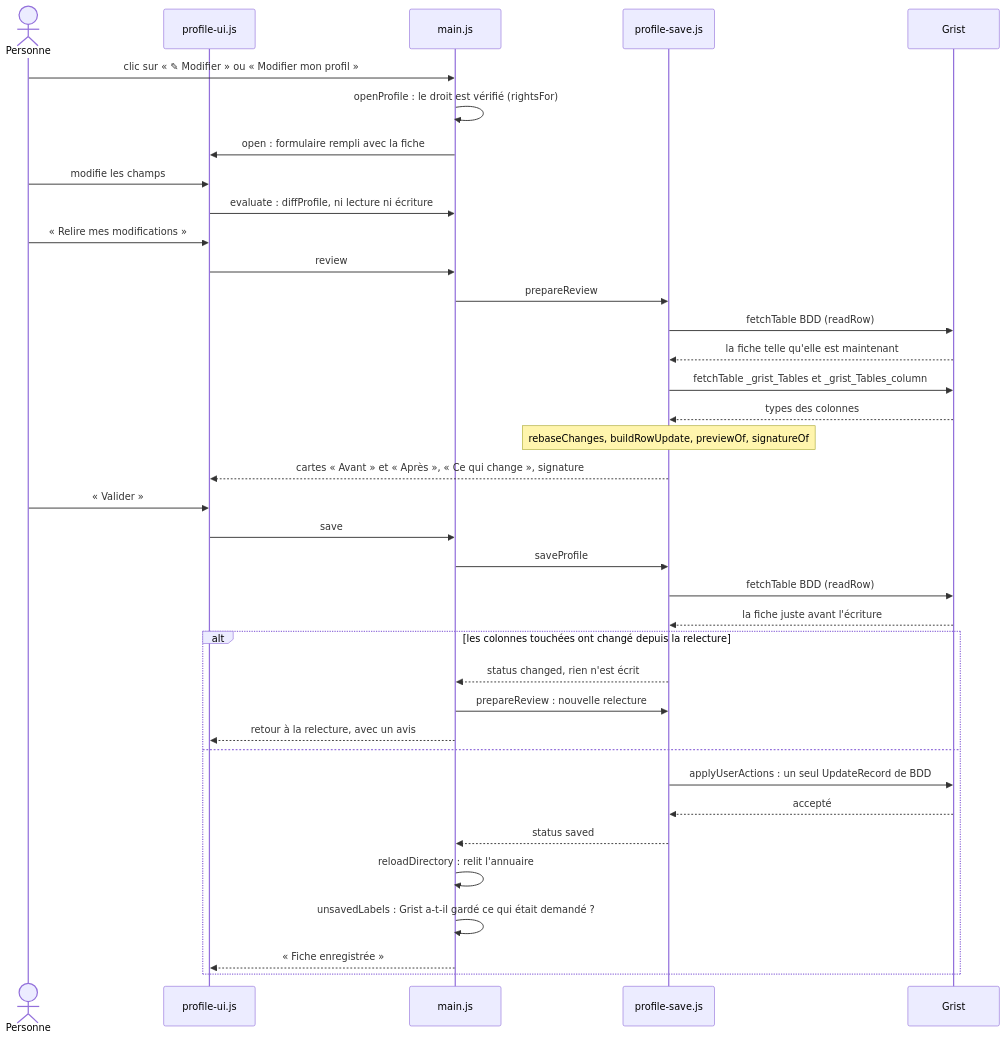
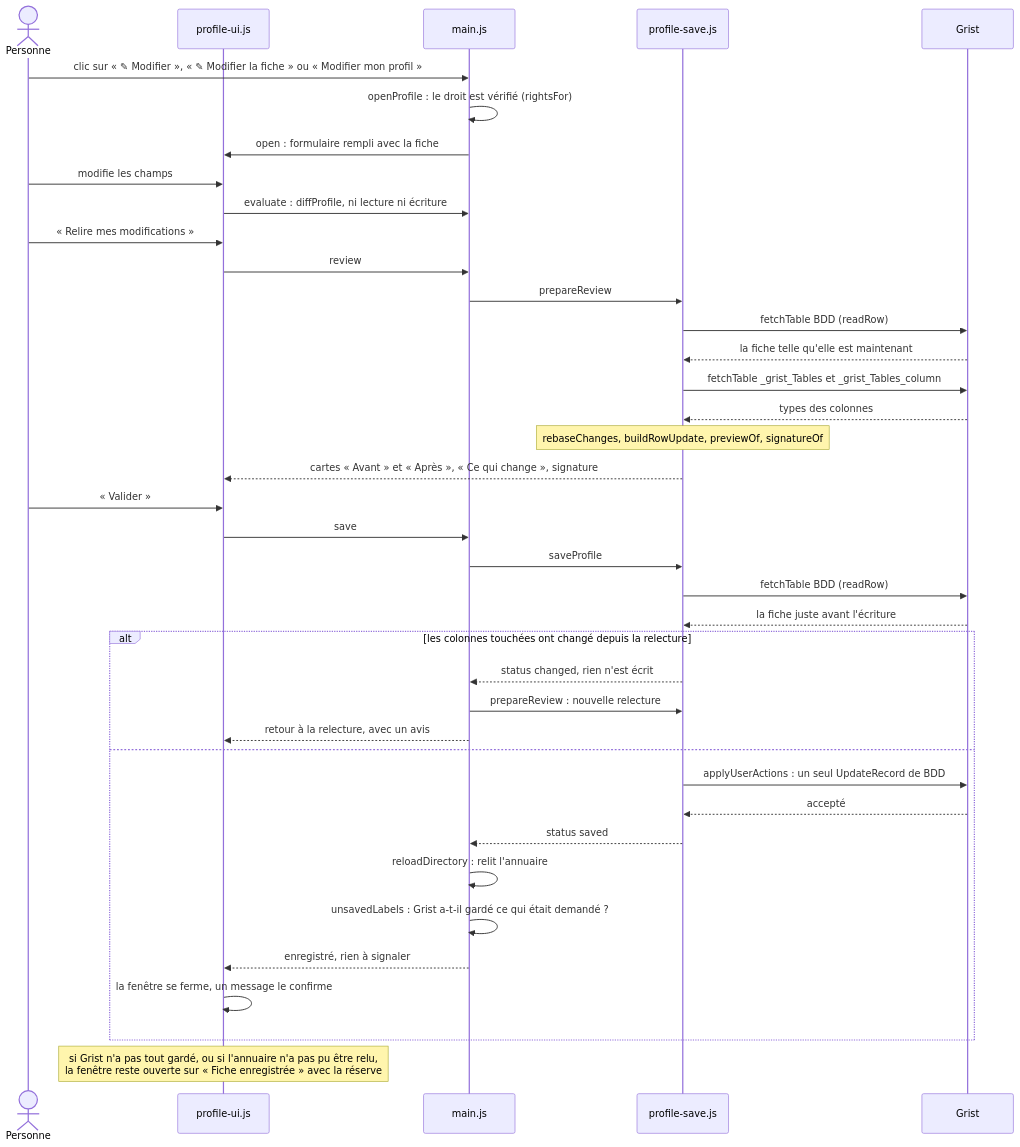
One commit to lombre33/Annuaire_PUI_Bordeaux changed the sixth of 6 diagrams in docs/developpeurs.md. Above: the diagram before and after it, drawn with Mermaid. The commit also changed other lines of this file and 24 other files, not shown here.

````diff
--- a/docs/developpeurs.md
+++ b/docs/developpeurs.md
@@ -369,39 +371,41 @@
 ```mermaid
 sequenceDiagram
     actor P as Personne
     participant U as profile-ui.js
     participant M as main.js
     participant S as profile-save.js
     participant G as Grist
-    P->>M: clic sur « ✎ Modifier » ou « Modifier mon profil »
+    P->>M: clic sur « ✎ Modifier », « ✎ Modifier la fiche » ou « Modifier mon profil »
     M->>M: openProfile : le droit est vérifié (rightsFor)
     M->>U: open : formulaire rempli avec la fiche
     P->>U: modifie les champs
     U->>M: evaluate : diffProfile, ni lecture ni écriture
     P->>U: « Relire mes modifications »
     U->>M: review
     M->>S: prepareReview
     S->>G: fetchTable BDD (readRow)
     G-->>S: la fiche telle qu'elle est maintenant
     S->>G: fetchTable _grist_Tables et _grist_Tables_column
     G-->>S: types des colonnes
     Note over S: rebaseChanges, buildRowUpdate, previewOf, signatureOf
     S-->>U: cartes « Avant » et « Après », « Ce qui change », signature
     P->>U: « Valider »
     U->>M: save
     M->>S: saveProfile
     S->>G: fetchTable BDD (readRow)
     G-->>S: la fiche juste avant l'écriture
     alt les colonnes touchées ont changé depuis la relecture
         S-->>M: status changed, rien n'est écrit
         M->>S: prepareReview : nouvelle relecture
         M-->>U: retour à la relecture, avec un avis
     else
         S->>G: applyUserActions : un seul UpdateRecord de BDD
         G-->>S: accepté
         S-->>M: status saved
         M->>M: reloadDirectory : relit l'annuaire
         M->>M: unsavedLabels : Grist a-t-il gardé ce qui était demandé ?
-        M-->>U: « Fiche enregistrée »
+        M-->>U: enregistré, rien à signaler
+        U->>U: la fenêtre se ferme, un message le confirme
     end
+    Note over U: si Grist n'a pas tout gardé, ou si l'annuaire n'a pas pu être relu,<br/>la fenêtre reste ouverte sur « Fiche enregistrée » avec la réserve
 ```
````
